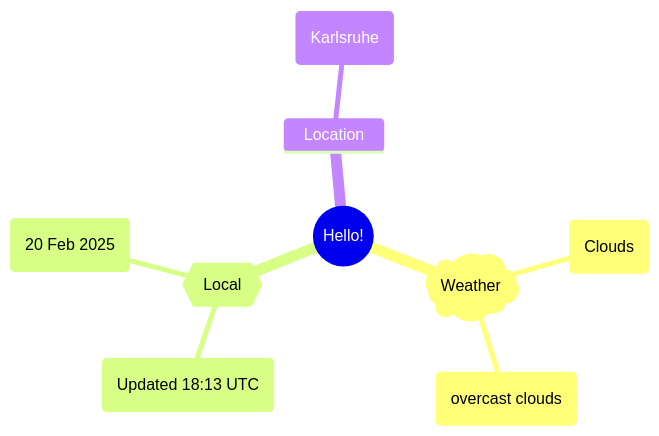
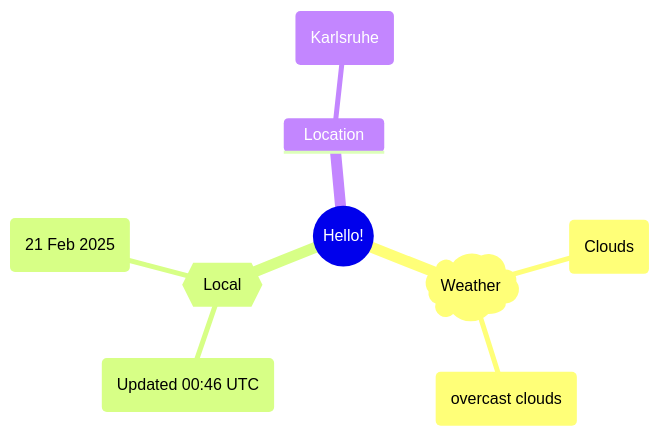
Before and after one commit to Xosrov/Xosrov: the first of 2 diagrams in README.md, drawn with Mermaid.

Commit message:
[bot] updated images

````diff
--- a/README.md
+++ b/README.md
@@ -3,12 +3,12 @@
 ```mermaid
 mindmap
   root((Hello!))
     )Weather(
         (Clouds)
         (overcast clouds)
     {{Local}}
-        (Updated 18:13 UTC)
-        (20 Feb 2025)
+        (Updated 00:46 UTC)
+        (21 Feb 2025)
     Location
         (Karlsruhe)
 ```
````
